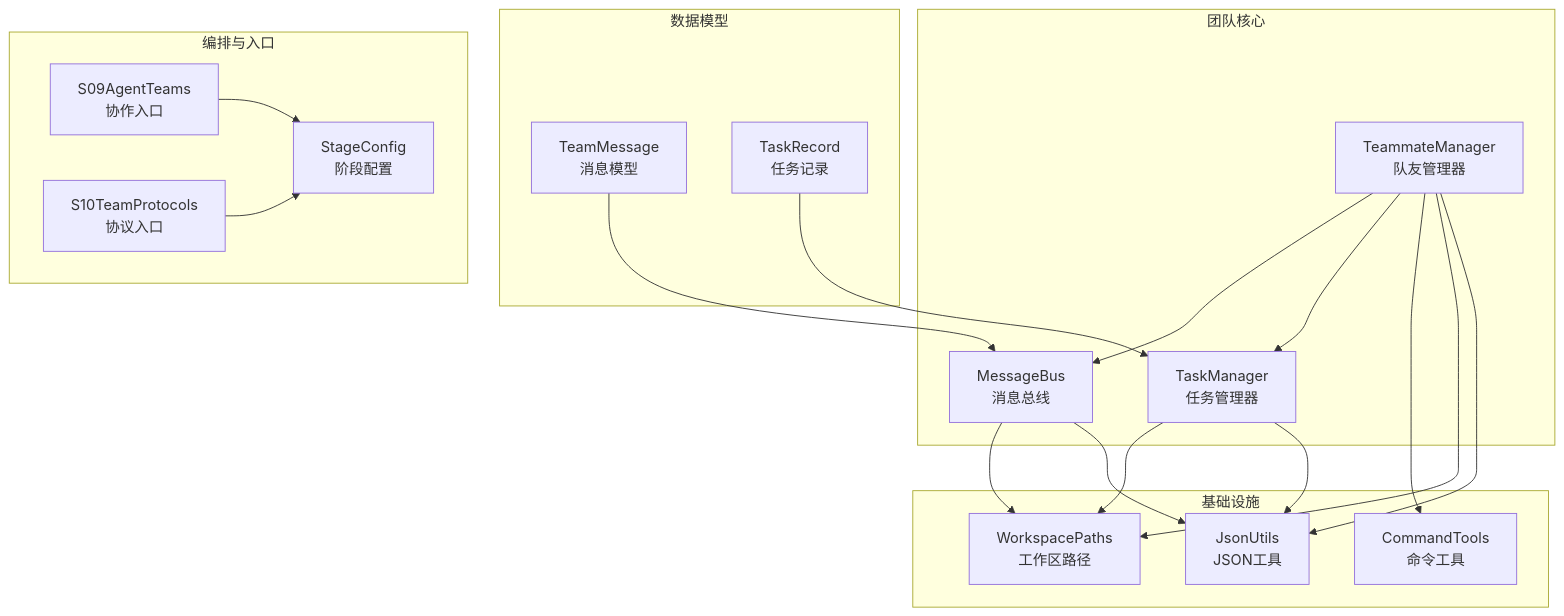
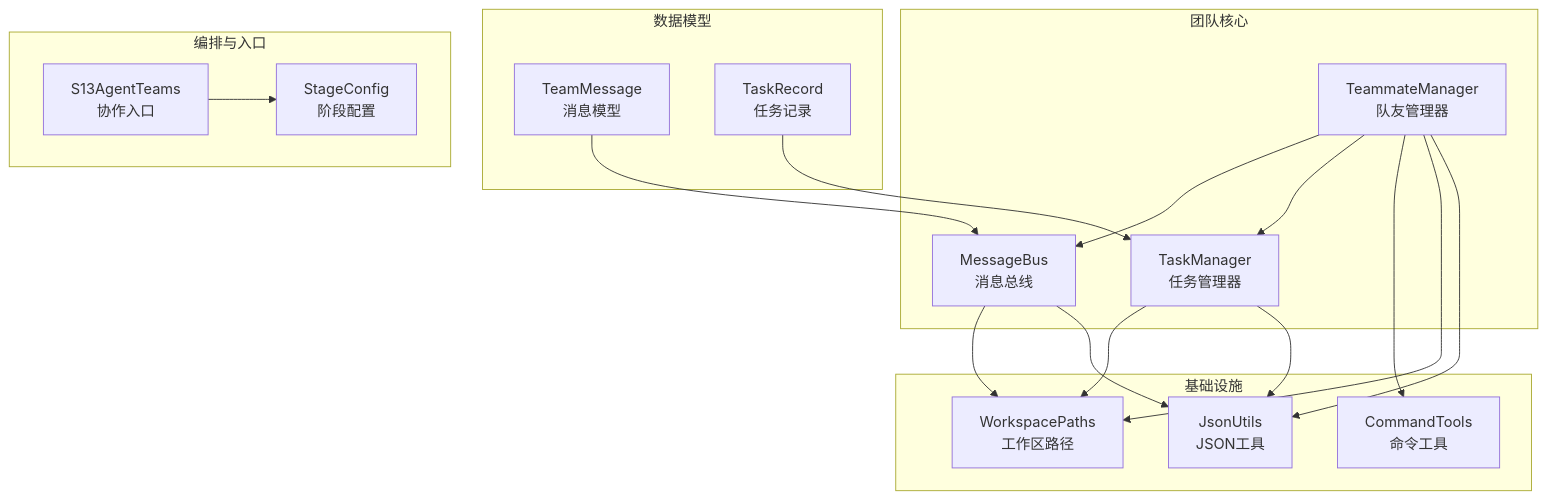
One commit to chenlds1994/learn-claude-code-java changed the first of 6 diagrams in .qoder/repowiki/zh/content/团队协作系统/团队协作系统.md. Above: the diagram before and after it, drawn with Mermaid. The commit also changed other lines of this file and 143 other files, not shown here.

First line of the commit message:
更新 repowiki 与 drawio 教程图至 17 阶段结构

````diff
--- a/.qoder/repowiki/zh/content/团队协作系统/团队协作系统.md
+++ b/.qoder/repowiki/zh/content/团队协作系统/团队协作系统.md
@@ -47,35 +46,33 @@
 ```mermaid
 graph TB
 subgraph "团队核心"
 MB["MessageBus<br/>消息总线"]
 TM["TeammateManager<br/>队友管理器"]
 TS["TaskManager<br/>任务管理器"]
 end
 subgraph "数据模型"
 MSG["TeamMessage<br/>消息模型"]
 TASK["TaskRecord<br/>任务记录"]
 end
 subgraph "基础设施"
 WP["WorkspacePaths<br/>工作区路径"]
 JU["JsonUtils<br/>JSON工具"]
 CT["CommandTools<br/>命令工具"]
 end
 subgraph "编排与入口"
 SC["StageConfig<br/>阶段配置"]
-S09["S09AgentTeams<br/>协作入口"]
-S10["S10TeamProtocols<br/>协议入口"]
+S13["S13AgentTeams<br/>协作入口"]
 end
 MB --> WP
 MB --> JU
 TM --> MB
 TM --> TS
 TM --> CT
 TM --> WP
 TM --> JU
 TS --> WP
 TS --> JU
-S09 --> SC
-S10 --> SC
+S13 --> SC
 MSG --> MB
 TASK --> TS
 ```
````
